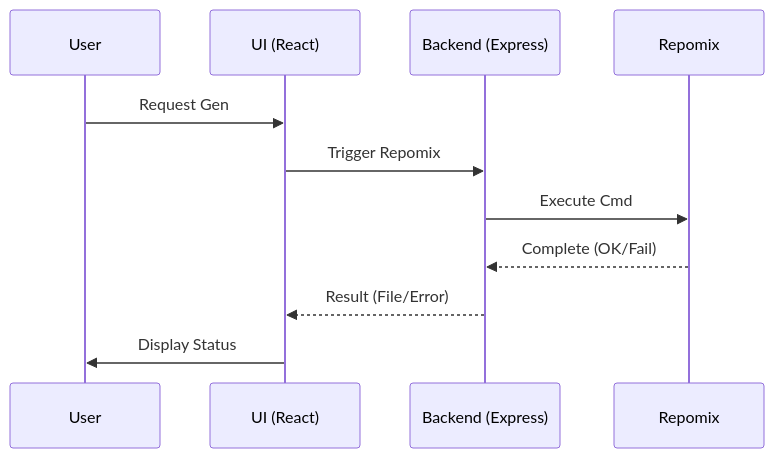
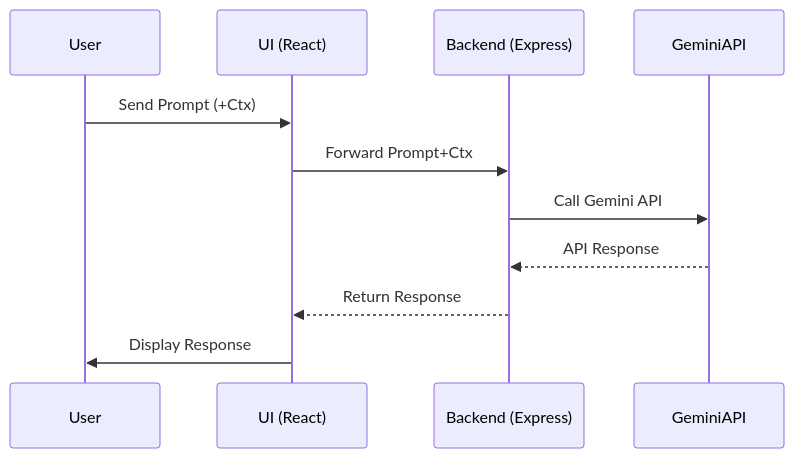
The third of 6 diagrams in README.md (jesseburstrom/repo-chat), drawn with Mermaid before and after one commit.

````diff
--- a/README.md
+++ b/README.md
@@ -88,14 +88,14 @@
 ```mermaid
 sequenceDiagram
     participant U as User
     participant UI as UI (React)
     participant BE as Backend (Express)
-    participant R as Repomix
+    participant G as GeminiAPI
 
-    U->>UI: Request Gen
-    UI->>BE: Trigger Repomix
-    BE->>R: Execute Cmd
-    R-->>BE: Complete (OK/Fail)
-    BE-->>UI: Result (File/Error)
-    UI->>U: Display Status
+    U->>UI: Send Prompt (+Ctx)
+    UI->>BE: Forward Prompt+Ctx
+    BE->>G: Call Gemini API
+    G-->>BE: API Response
+    BE-->>UI: Return Response
+    UI->>U: Display Response
 ```
````
